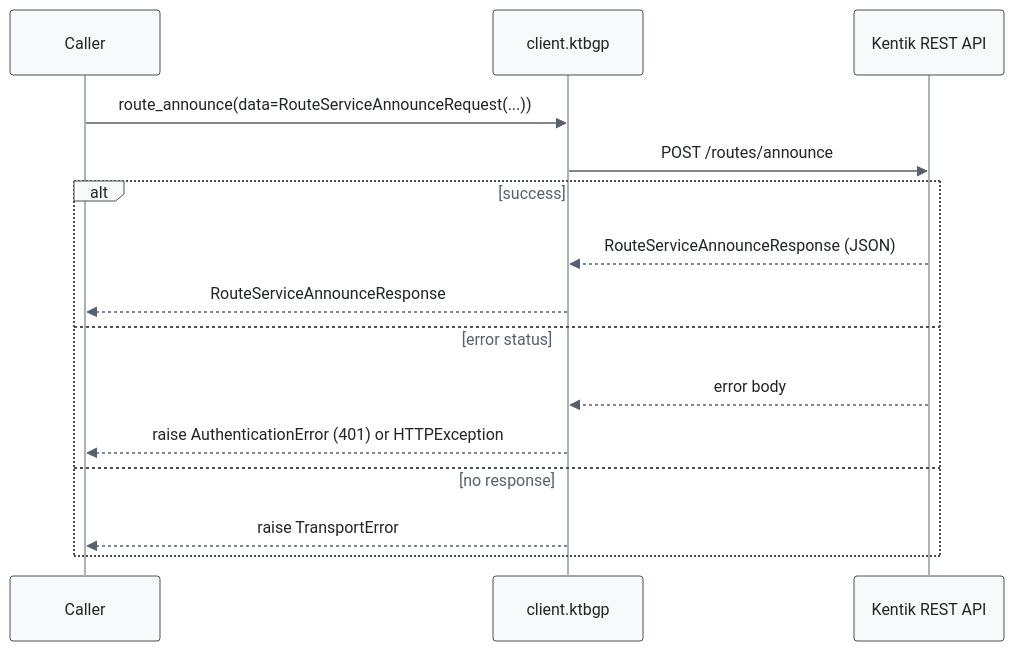
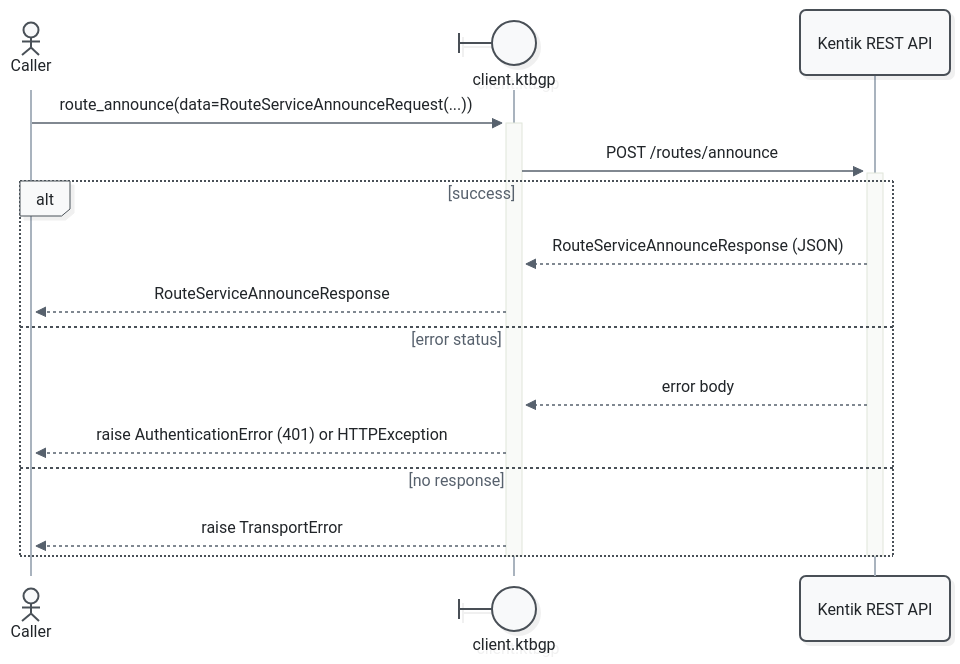
The first of 7 diagrams in docs/sphinx/services/ktbgp.md (alexdearaujo/community_sdk_python), drawn with Mermaid before and after one commit. The commit also changed other lines of this file and 52 other files, not shown here.

First line of the commit message:
docs: Mermaid 12 sequence diagrams with participant types and path colors

````diff
--- a/docs/sphinx/services/ktbgp.md
+++ b/docs/sphinx/services/ktbgp.md
@@ -31,19 +31,21 @@
 ```mermaid
-%%{init: {"theme": "base", "fontFamily": "ui-monospace, SFMono-Regular, Menlo, monospace", "themeVariables": {"fontFamily": "ui-monospace, SFMono-Regular, Menlo, monospace", "primaryColor": "#f8f9fa", "primaryBorderColor": "#495057", "primaryTextColor": "#212529", "textColor": "#212529", "lineColor": "#77818c", "edgeLabelBackground": "#ffffff", "actorBkg": "#f8f9fa", "actorBorder": "#495057", "actorTextColor": "#212529", "actorLineColor": "#a9b3be", "signalColor": "#57616d", "signalTextColor": "#212529", "labelBoxBkgColor": "#f8f9fa", "labelBoxBorderColor": "#495057", "labelTextColor": "#212529", "loopTextColor": "#57616d", "noteBkgColor": "#fff9db", "noteBorderColor": "#f08c00", "noteTextColor": "#a35a00"}, "flowchart": {"curve": "step", "nodeSpacing": 30, "rankSpacing": 70, "wrappingWidth": 400}}}%%
+%%{init: {"theme": "redux", "look": "neo", "layout": "dagre", "fontFamily": "ui-monospace, SFMono-Regular, Menlo, monospace", "themeVariables": {"fontFamily": "ui-monospace, SFMono-Regular, Menlo, monospace", "primaryColor": "#f8f9fa", "primaryBorderColor": "#495057", "primaryTextColor": "#212529", "textColor": "#212529", "lineColor": "#77818c", "edgeLabelBackground": "#ffffff", "actorBkg": "#f8f9fa", "actorBorder": "#495057", "actorTextColor": "#212529", "actorLineColor": "#a9b3be", "signalColor": "#57616d", "signalTextColor": "#212529", "labelBoxBkgColor": "#f8f9fa", "labelBoxBorderColor": "#495057", "labelTextColor": "#212529", "loopTextColor": "#57616d", "noteBkgColor": "#fff9db", "noteBorderColor": "#f08c00", "noteTextColor": "#a35a00"}, "sequence": {"activationWidth": 16}, "flowchart": {"curve": "step", "nodeSpacing": 30, "rankSpacing": 70, "wrappingWidth": 400}}}%%
 sequenceDiagram
-    participant C as Caller
-    participant W as client.ktbgp
+    actor C as Caller
+    participant W@{ "type": "boundary" } as client.ktbgp
     participant API as Kentik REST API
 
-    C->>W: route_announce(data=RouteServiceAnnounceRequest(...))
-    W->>API: POST /routes/announce
+    C->>+W: route_announce(data=RouteServiceAnnounceRequest(...))
+    W->>+API: POST /routes/announce
     alt success
         API-->>W: RouteServiceAnnounceResponse (JSON)
         W-->>C: RouteServiceAnnounceResponse
     else error status
         API-->>W: error body
         W-->>C: raise AuthenticationError (401) or HTTPException
     else no response
         W-->>C: raise TransportError
     end
+    deactivate API
+    deactivate W
 ```
````
